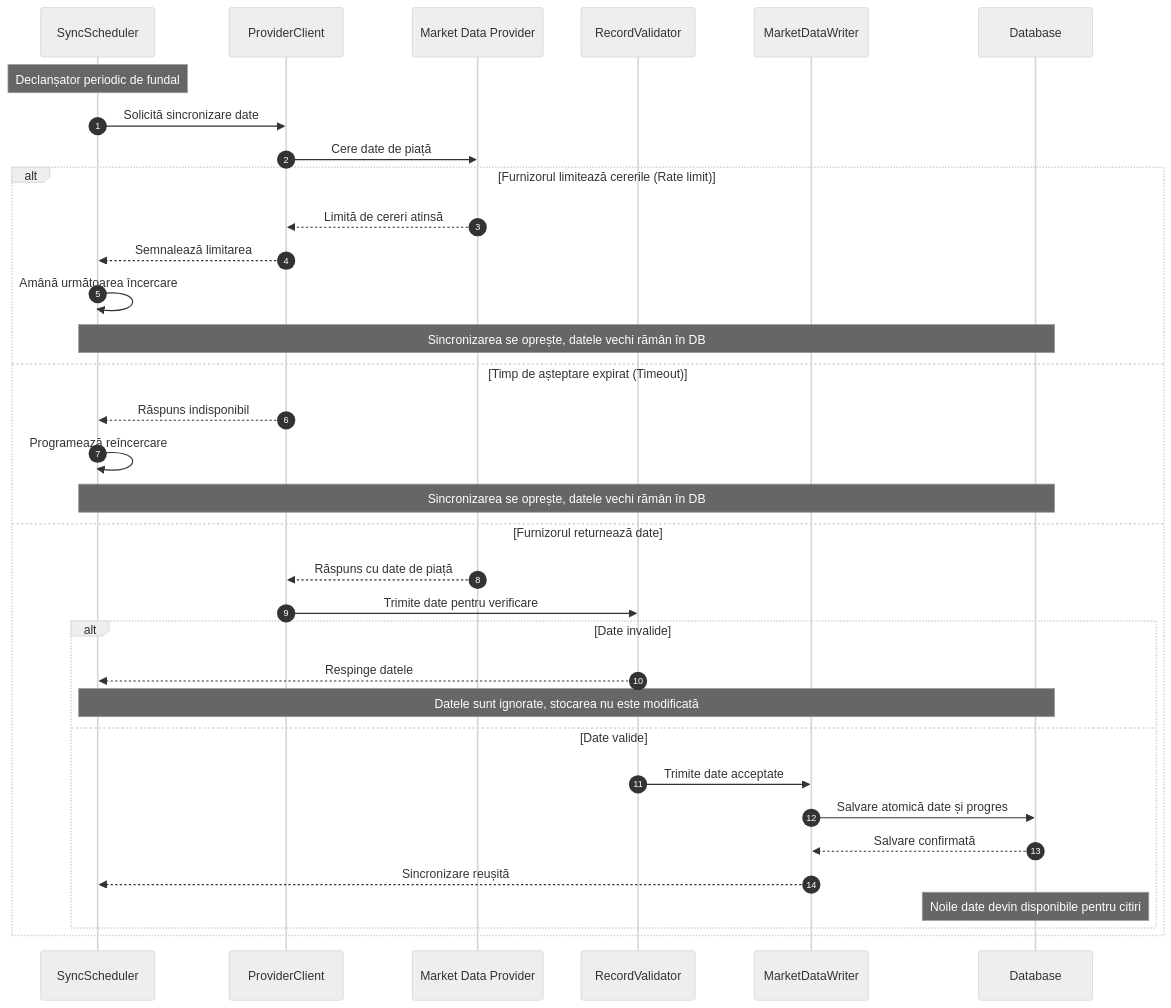
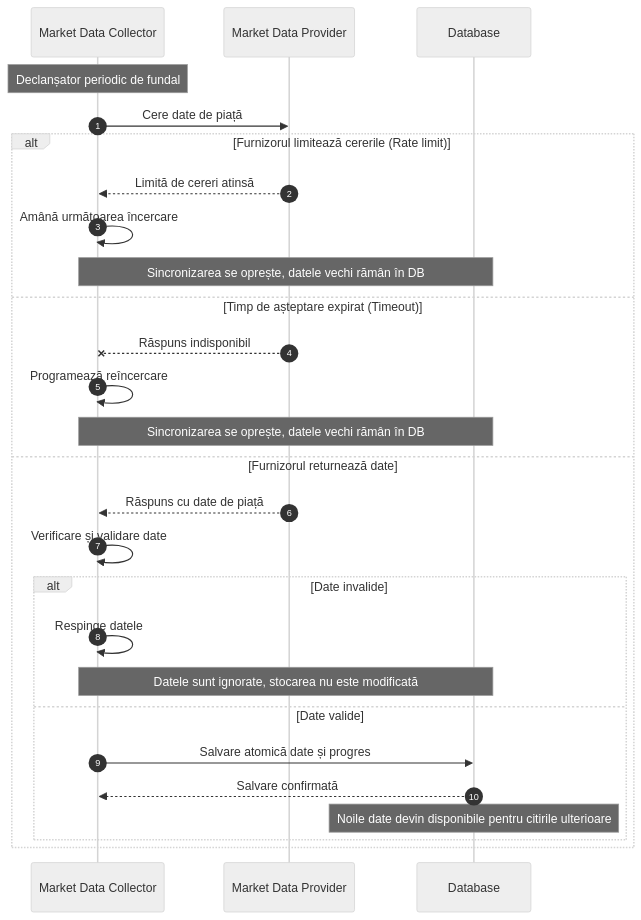
One commit to victor10520/system-design-labs changed the fourth of 6 diagrams in SD/lab 3/README.md. Above: the diagram before and after it, drawn with Mermaid (neutral theme). The commit also changed other lines of this file and 1 other file, not shown here.

Commit message:
update lab3 and lab4 with separate market data collector container

````diff
--- a/SD/lab 3/README.md
+++ b/SD/lab 3/README.md
@@ -133,38 +123,31 @@
 ```mermaid
 sequenceDiagram
     autonumber
-    participant Scheduler as SyncScheduler
-    participant Client as ProviderClient
+    participant Collector as Market Data Collector
     participant Provider as Market Data Provider
-    participant Validator as RecordValidator
-    participant Writer as MarketDataWriter
     participant DB as Database
 
-    Note over Scheduler: Declanșator periodic de fundal
-    Scheduler->>Client: Solicită sincronizare date
-    Client->>Provider: Cere date de piață
+    Note over Collector: Declanșator periodic de fundal
+    Collector->>Provider: Cere date de piață
     
     alt Furnizorul limitează cererile (Rate limit)
-        Provider-->>Client: Limită de cereri atinsă
-        Client-->>Scheduler: Semnalează limitarea
-        Scheduler->>Scheduler: Amână următoarea încercare
-        Note over Scheduler,DB: Sincronizarea se oprește, datele vechi rămân în DB
+        Provider-->>Collector: Limită de cereri atinsă
+        Collector->>Collector: Amână următoarea încercare
+        Note over Collector,DB: Sincronizarea se oprește, datele vechi rămân în DB
     else Timp de așteptare expirat (Timeout)
-        Client-->>Scheduler: Răspuns indisponibil
-        Scheduler->>Scheduler: Programează reîncercare
-        Note over Scheduler,DB: Sincronizarea se oprește, datele vechi rămân în DB
+        Provider--xCollector: Răspuns indisponibil
+        Collector->>Collector: Programează reîncercare
+        Note over Collector,DB: Sincronizarea se oprește, datele vechi rămân în DB
     else Furnizorul returnează date
-        Provider-->>Client: Răspuns cu date de piață
-        Client->>Validator: Trimite date pentru verificare
+        Provider-->>Collector: Răspuns cu date de piață
+        Collector->>Collector: Verificare și validare date
         alt Date invalide
-            Validator-->>Scheduler: Respinge datele
-            Note over Scheduler,DB: Datele sunt ignorate, stocarea nu este modificată
+            Collector->>Collector: Respinge datele
+            Note over Collector,DB: Datele sunt ignorate, stocarea nu este modificată
         else Date valide
-            Validator->>Writer: Trimite date acceptate
-            Writer->>DB: Salvare atomică date și progres
-            DB-->>Writer: Salvare confirmată
-            Writer-->>Scheduler: Sincronizare reușită
-            Note over DB: Noile date devin disponibile pentru citiri
+            Collector->>DB: Salvare atomică date și progres
+            DB-->>Collector: Salvare confirmată
+            Note over DB: Noile date devin disponibile pentru citirile ulterioare
         end
     end
 ```
````
